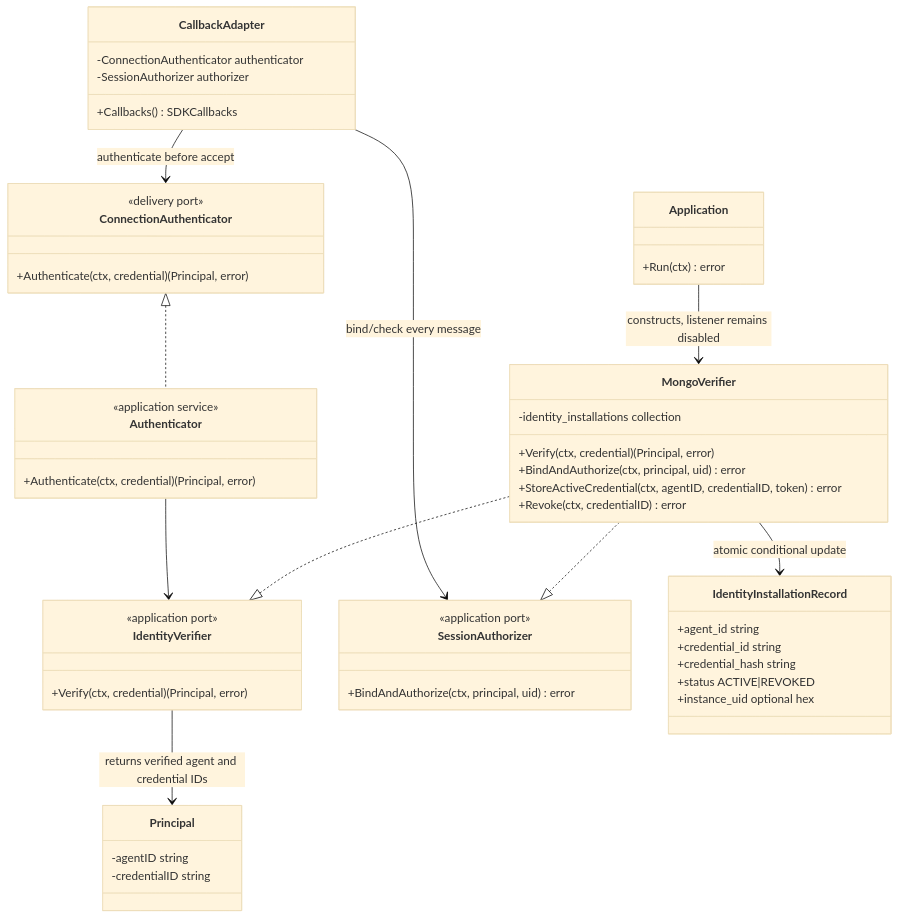
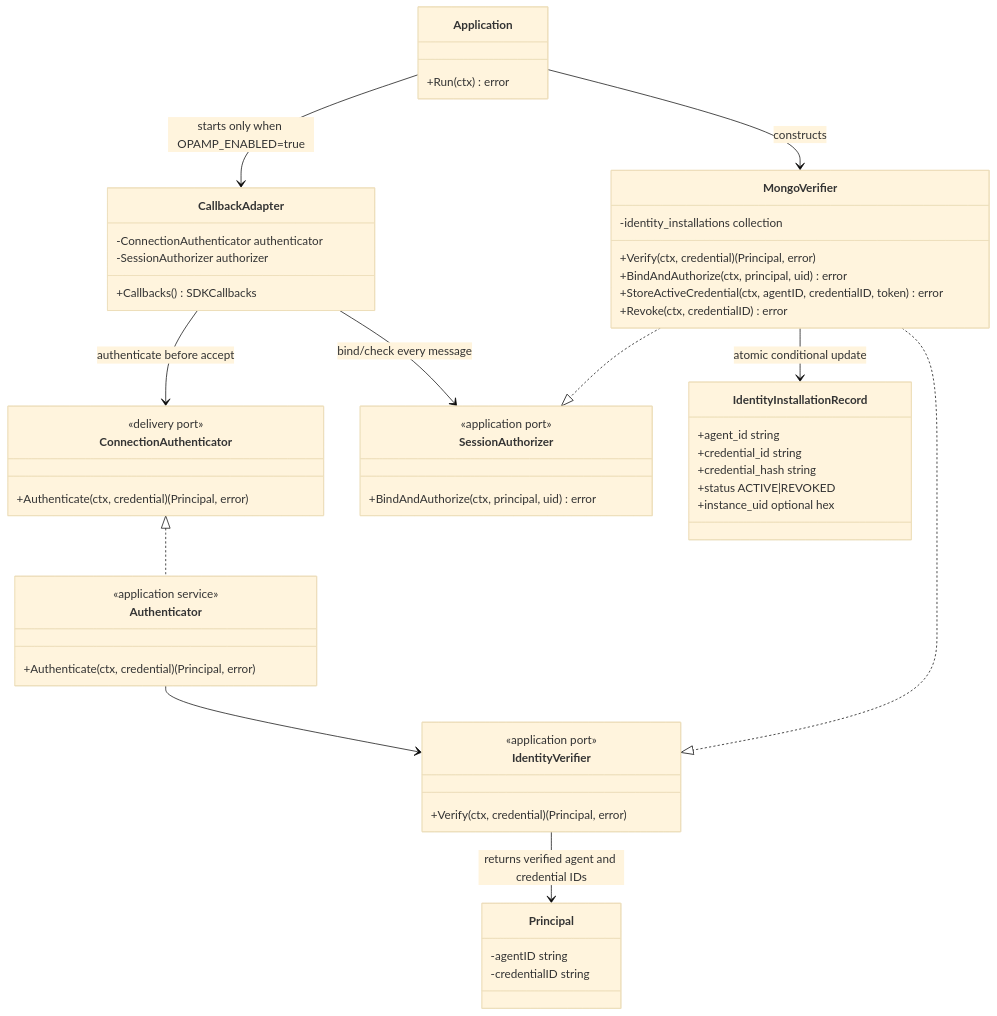
Before and after one commit to AR-IMMS/fleet-manager: the diagram in docs/local/architecture/identity-verification-and-supervisor-binding.md, drawn with Mermaid (base theme). The commit also changed other lines of this file and 4 other files, not shown here.

````diff
--- a/docs/local/architecture/identity-verification-and-supervisor-binding.md
+++ b/docs/local/architecture/identity-verification-and-supervisor-binding.md
@@ -14,56 +14,57 @@
 ```mermaid
 classDiagram
 direction TB
     class Application {
         +Run(ctx) error
     }
     class IdentityVerifier {
         <<application port>>
         +Verify(ctx, credential) (Principal, error)
     }
     class Authenticator {
         <<application service>>
         +Authenticate(ctx, credential) (Principal, error)
     }
     class ConnectionAuthenticator {
         <<delivery port>>
         +Authenticate(ctx, credential) (Principal, error)
     }
     class SessionAuthorizer {
         <<application port>>
         +BindAndAuthorize(ctx, principal, uid) error
     }
     class MongoVerifier {
         -identity_installations collection
         +Verify(ctx, credential) (Principal, error)
         +BindAndAuthorize(ctx, principal, uid) error
         +StoreActiveCredential(ctx, agentID, credentialID, token) error
         +Revoke(ctx, credentialID) error
     }
     class Principal {
         -agentID string
         -credentialID string
     }
     class CallbackAdapter {
         -ConnectionAuthenticator authenticator
         -SessionAuthorizer authorizer
         +Callbacks() SDKCallbacks
     }
     class IdentityInstallationRecord {
         +agent_id string
         +credential_id string
         +credential_hash string
         +status ACTIVE|REVOKED
         +instance_uid optional hex
     }
 
-    Application --> MongoVerifier : constructs, listener remains disabled
+    Application --> MongoVerifier : constructs
+    Application --> CallbackAdapter : starts only when OPAMP_ENABLED=true
     MongoVerifier ..|> IdentityVerifier
     MongoVerifier ..|> SessionAuthorizer
     MongoVerifier --> IdentityInstallationRecord : atomic conditional update
     CallbackAdapter --> ConnectionAuthenticator : authenticate before accept
     ConnectionAuthenticator <|.. Authenticator
     Authenticator --> IdentityVerifier
     CallbackAdapter --> SessionAuthorizer : bind/check every message
     IdentityVerifier --> Principal : returns verified agent and credential IDs
 ```
````
